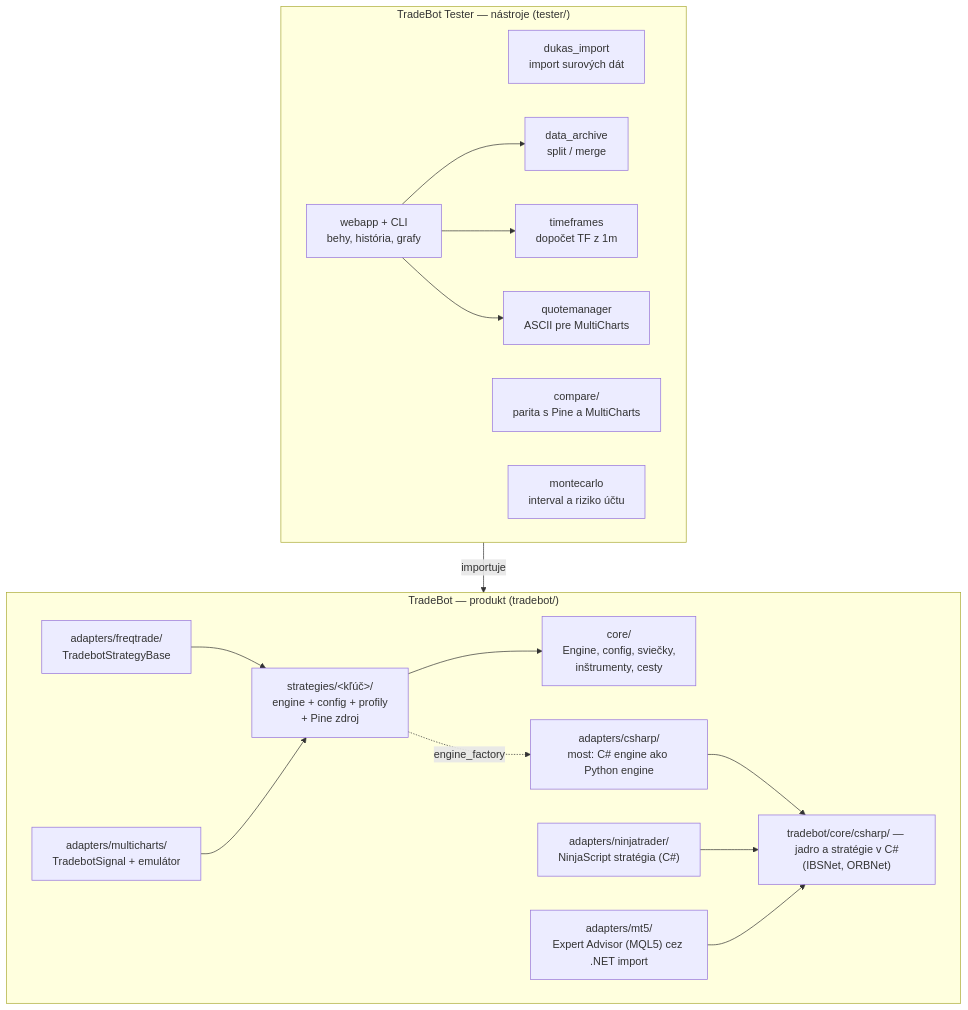
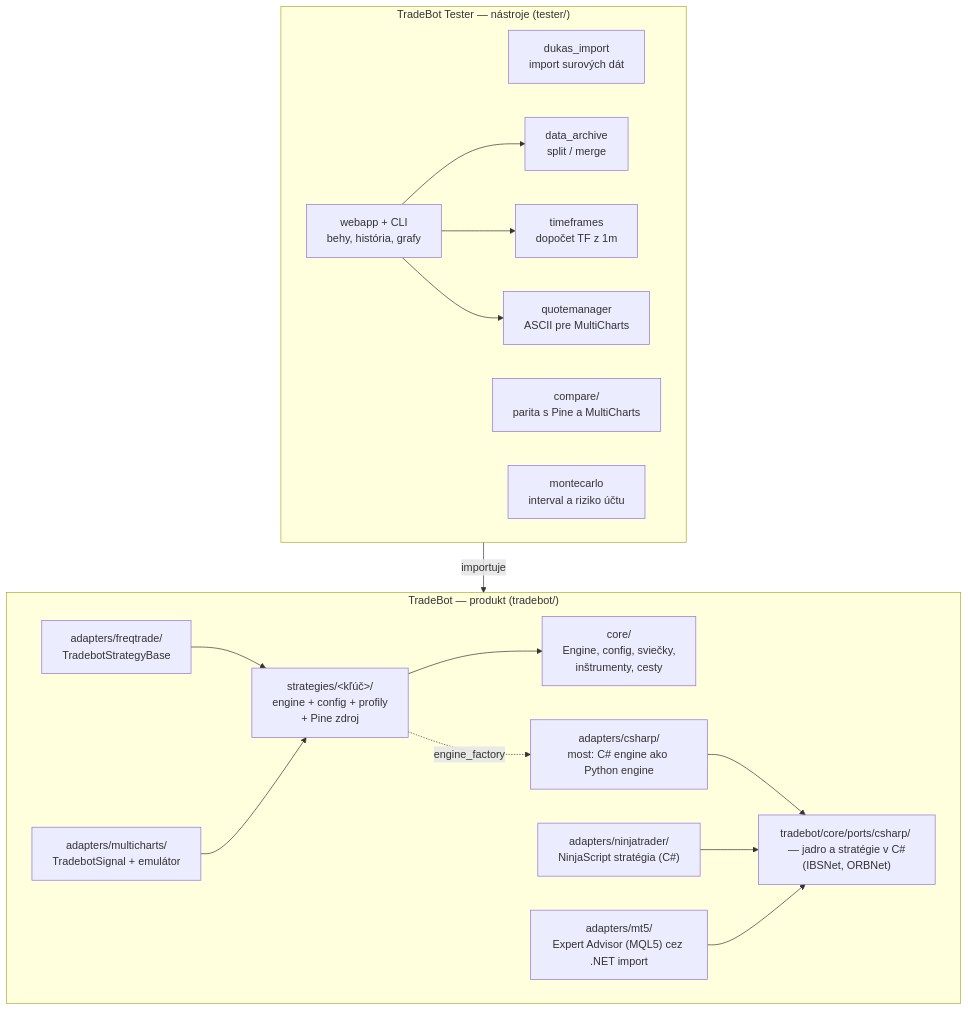
Before and after one commit to materko/imbalance_strategy: the first of 3 diagrams in docs/ARCHITEKTURA.md, drawn with Mermaid. The commit also changed 171 other files, not shown here.

````diff
--- a/docs/ARCHITEKTURA.md
+++ b/docs/ARCHITEKTURA.md
@@ -12,35 +12,35 @@
 ```mermaid
 flowchart TB
     subgraph P["TradeBot — produkt (tradebot/)"]
         core["core/<br/>Engine, config, sviečky,<br/>inštrumenty, cesty"]
         strat["strategies/&lt;kľúč&gt;/<br/>engine + config + profily<br/>+ Pine zdroj"]
         ft["adapters/freqtrade/<br/>TradebotStrategyBase"]
         mc["adapters/multicharts/<br/>TradebotSignal + emulátor"]
-        cs["tradebot/core/csharp/ — jadro a stratégie v C#<br/>(IBSNet, ORBNet)"]
+        cs["tradebot/core/ports/csharp/ — jadro a stratégie v C#<br/>(IBSNet, ORBNet)"]
         bridge["adapters/csharp/<br/>most: C# engine ako Python engine"]
         nt["adapters/ninjatrader/<br/>NinjaScript stratégia (C#)"]
         mt5["adapters/mt5/<br/>Expert Advisor (MQL5) cez .NET import"]
         strat --> core
         ft --> strat
         mc --> strat
         strat -.->|"engine_factory"| bridge
         bridge --> cs
         nt --> cs
         mt5 --> cs
     end
 
     subgraph T["TradeBot Tester — nástroje (tester/)"]
         imp["dukas_import<br/>import surových dát"]
         arch["data_archive<br/>split / merge"]
         tf["timeframes<br/>dopočet TF z 1m"]
         qm["quotemanager<br/>ASCII pre MultiCharts"]
         web["webapp + CLI<br/>behy, história, grafy"]
         cmp["compare/<br/>parita s Pine a MultiCharts"]
         mcarlo["montecarlo<br/>interval a riziko účtu"]
     end
 
     T -->|"importuje"| P
     web --> arch
     web --> tf
     web --> qm
 ```
````
